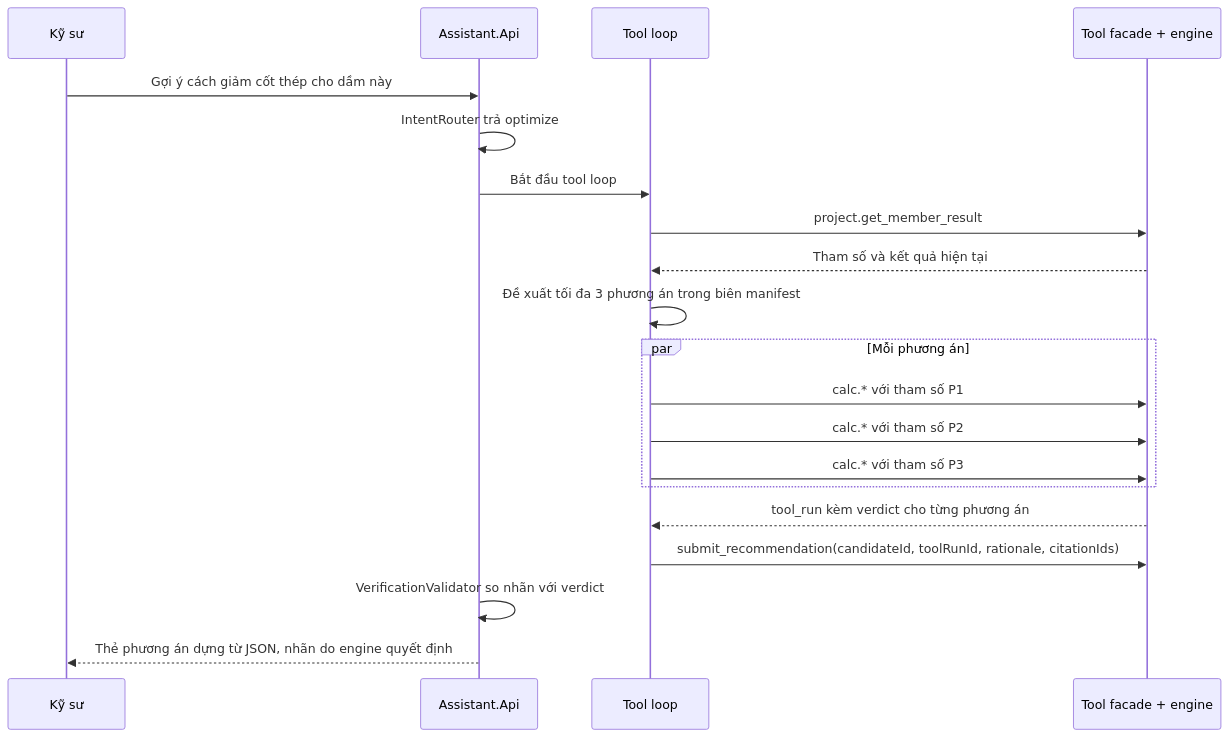
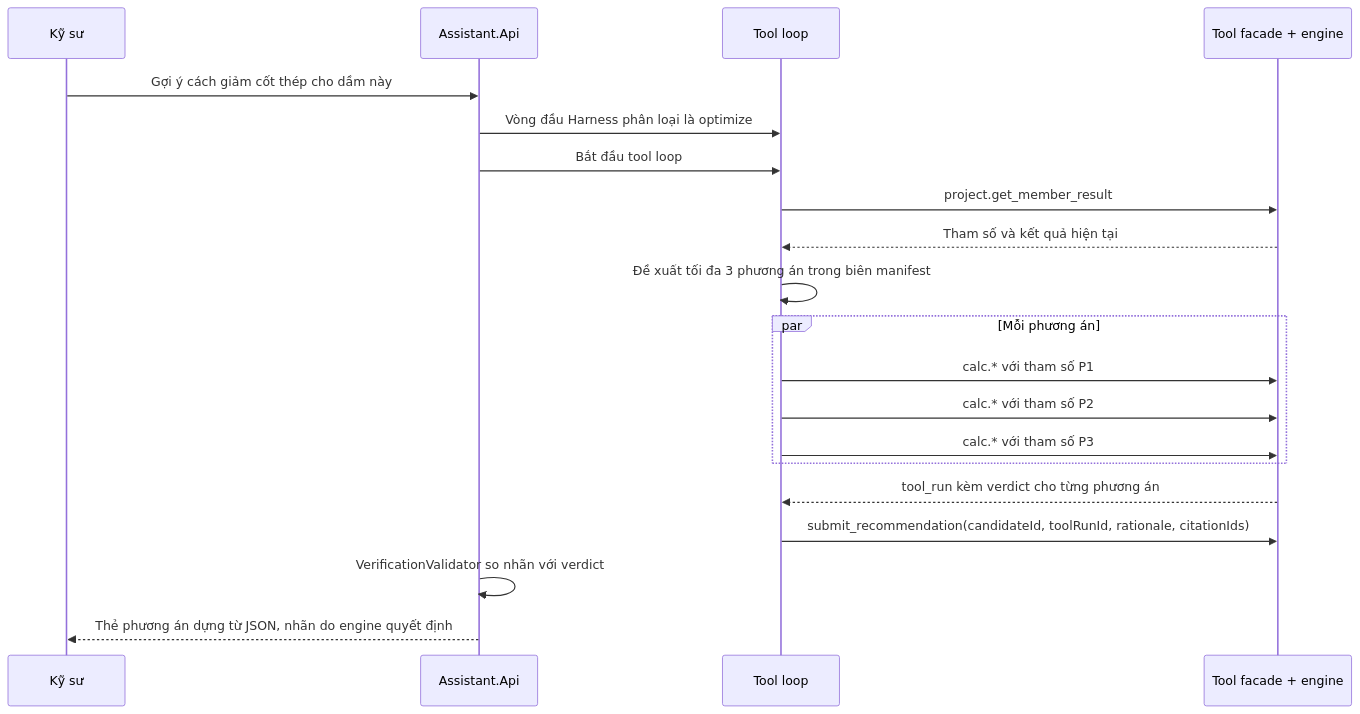
One commit to vdloc/vfstructures-ai-solution changed diagram 12 of 15 in ship/01-kien-truc.md. Above: the diagram before and after it, drawn with Mermaid. The commit also changed other lines of this file and 17 other files, not shown here.

First line of the commit message:
docs(arch): fold intent routing into the AgentCore Harness first turn (AD-15)

````diff
--- a/ship/01-kien-truc.md
+++ b/ship/01-kien-truc.md
@@ -668,22 +670,22 @@
 ```mermaid
 sequenceDiagram
  participant E as Kỹ sư
  participant A as Assistant.Api
  participant L as Tool loop
  participant T as Tool facade + engine
  E->>A: Gợi ý cách giảm cốt thép cho dầm này
- A->>A: IntentRouter trả optimize
+ A->>L: Vòng đầu Harness phân loại là optimize
  A->>L: Bắt đầu tool loop
  L->>T: project.get_member_result
  T-->>L: Tham số và kết quả hiện tại
  L->>L: Đề xuất tối đa 3 phương án trong biên manifest
  par Mỗi phương án
  L->>T: calc.* với tham số P1
  L->>T: calc.* với tham số P2
  L->>T: calc.* với tham số P3
  end
  T-->>L: tool_run kèm verdict cho từng phương án
  L->>T: submit_recommendation(candidateId, toolRunId, rationale, citationIds)
  A->>A: VerificationValidator so nhãn với verdict
  A-->>E: Thẻ phương án dựng từ JSON, nhãn do engine quyết định
 ```
````
